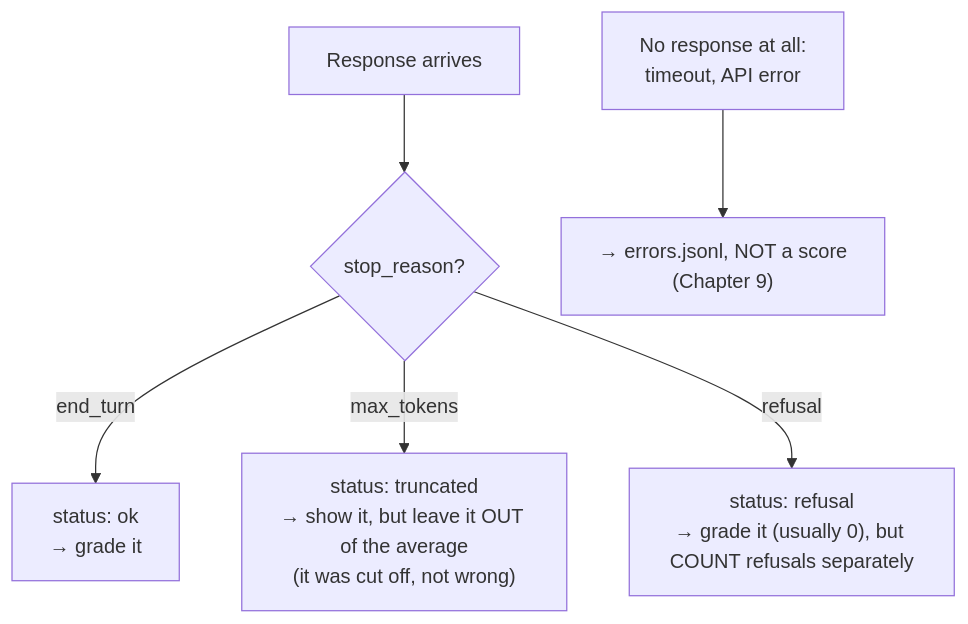
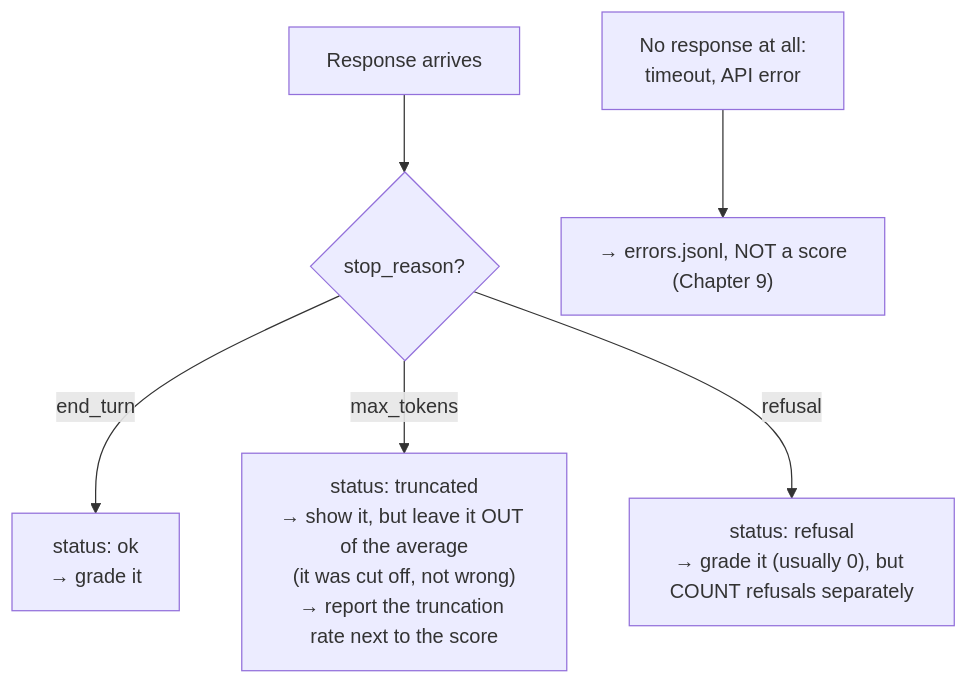
The third of 4 diagrams in part-2-eval-harness/06-solvers.md (Dakuaisu/eval-harness), drawn with Mermaid before and after one commit. The commit also changed other lines of this file and 8 other files, not shown here.

First line of the commit message:
Fix paired-difference error bar rule and report truncation rate

````diff
--- a/part-2-eval-harness/06-solvers.md
+++ b/part-2-eval-harness/06-solvers.md
@@ -100,8 +100,8 @@
 ```mermaid
 flowchart TD
     R["Response arrives"] --> Q{"stop_reason?"}
     Q -->|"end_turn"| OK["status: ok<br/>→ grade it"]
-    Q -->|"max_tokens"| TR["status: truncated<br/>→ show it, but leave it OUT of the average<br/>(it was cut off, not wrong)"]
+    Q -->|"max_tokens"| TR["status: truncated<br/>→ show it, but leave it OUT of the average<br/>(it was cut off, not wrong)<br/>→ report the truncation rate next to the score"]
     Q -->|"refusal"| RF["status: refusal<br/>→ grade it (usually 0), but COUNT refusals separately"]
     X["No response at all:<br/>timeout, API error"] --> ER["→ errors.jsonl, NOT a score<br/>(Chapter 9)"]
 ```
````
